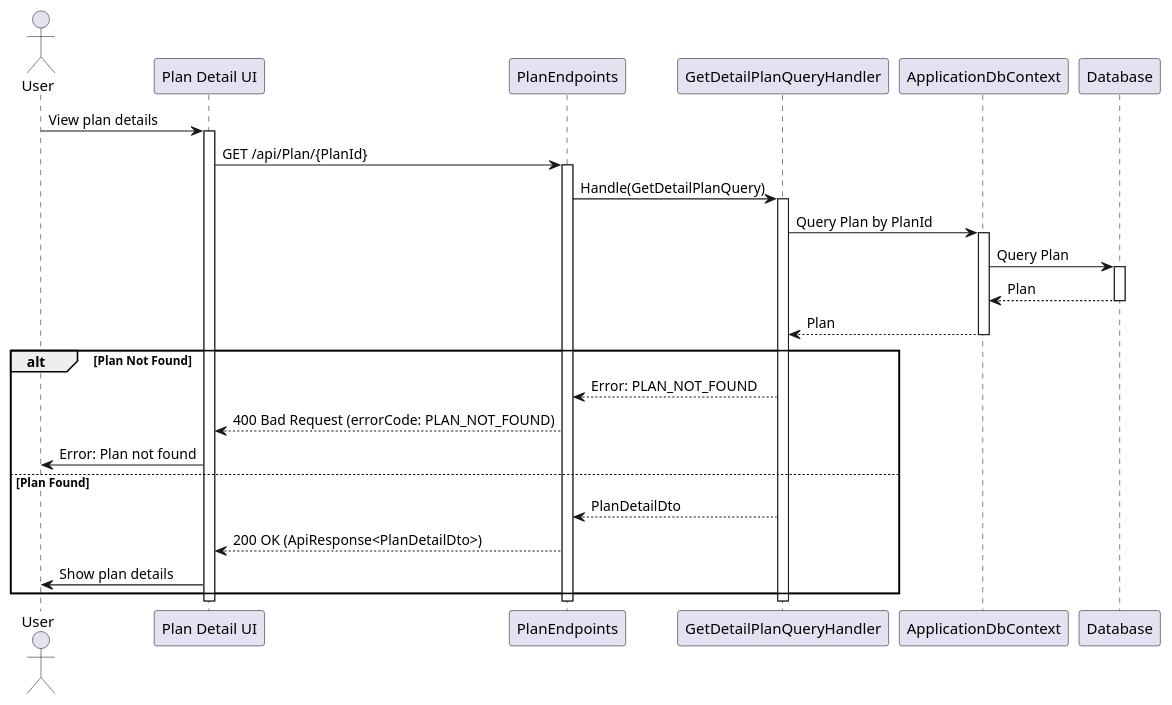
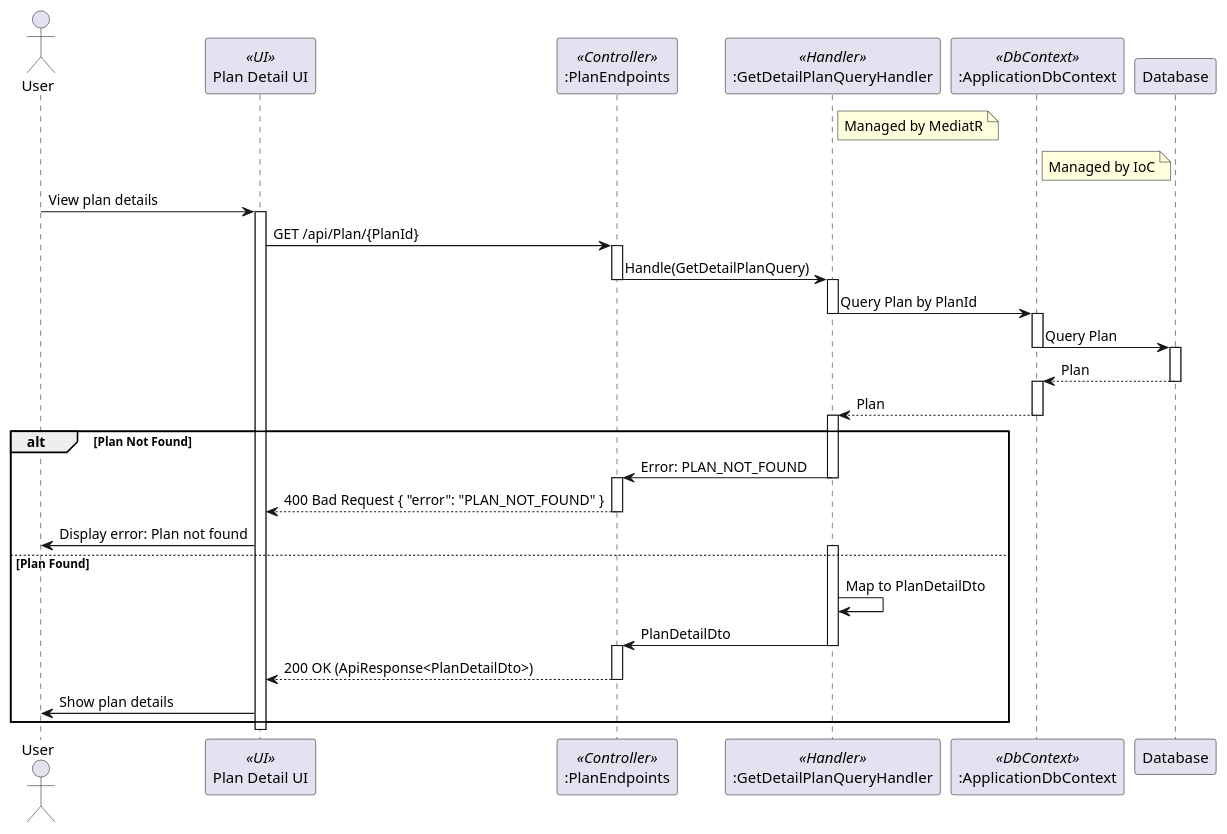
The diagram in Plans/Sequence/GetDetailPlanQuery.puml (thanhkhac/SEP_Diagram), drawn with PlantUML before and after one commit. The commit also changed 23 other files, not shown here.

First line of the commit message:
Enhance sequence diagrams with detailed flow and roles

```diff
--- a/Plans/Sequence/GetDetailPlanQuery.puml
+++ b/Plans/Sequence/GetDetailPlanQuery.puml
@@ -1,35 +1,55 @@
 @startuml
 actor User
-participant "Plan Detail UI" as UI
-participant PlanEndpoints
-participant GetDetailPlanQueryHandler as Handler
-participant ApplicationDbContext
+participant "Plan Detail UI" as UI <<UI>>
+participant ":PlanEndpoints" as PlanEndpoints <<Controller>>
+participant ":GetDetailPlanQueryHandler" as GetDetailPlanQueryHandler <<Handler>>
+participant ":ApplicationDbContext" as ApplicationDbContext <<DbContext>>
 participant Database
+
+note right of GetDetailPlanQueryHandler
+  Managed by MediatR
+end note
+
+note right of ApplicationDbContext
+  Managed by IoC
+end note
 
 User -> UI : View plan details
 activate UI
 UI -> PlanEndpoints : GET /api/Plan/{PlanId}
 activate PlanEndpoints
-PlanEndpoints -> Handler : Handle(GetDetailPlanQuery)
-activate Handler
-Handler -> ApplicationDbContext : Query Plan by PlanId
+PlanEndpoints -> GetDetailPlanQueryHandler : Handle(GetDetailPlanQuery)
+deactivate PlanEndpoints
+activate GetDetailPlanQueryHandler
+GetDetailPlanQueryHandler -> ApplicationDbContext : Query Plan by PlanId
+deactivate GetDetailPlanQueryHandler
 activate ApplicationDbContext
 ApplicationDbContext -> Database : Query Plan
+deactivate ApplicationDbContext
 activate Database
 Database --> ApplicationDbContext : Plan
 deactivate Database
-ApplicationDbContext --> Handler : Plan
+activate ApplicationDbContext
+ApplicationDbContext --> GetDetailPlanQueryHandler : Plan
 deactivate ApplicationDbContext
+activate GetDetailPlanQueryHandler
 alt Plan Not Found
-    Handler --> PlanEndpoints : Error: PLAN_NOT_FOUND
-    PlanEndpoints --> UI : 400 Bad Request (errorCode: PLAN_NOT_FOUND)
-    UI -> User : Error: Plan not found
+    GetDetailPlanQueryHandler -> PlanEndpoints : Error: PLAN_NOT_FOUND
+    deactivate GetDetailPlanQueryHandler
+    activate PlanEndpoints
+    PlanEndpoints --> UI : 400 Bad Request { "error": "PLAN_NOT_FOUND" }
+    deactivate PlanEndpoints
+    UI -> User : Display error: Plan not found
 else Plan Found
-    Handler --> PlanEndpoints : PlanDetailDto
+    activate GetDetailPlanQueryHandler
+    GetDetailPlanQueryHandler -> GetDetailPlanQueryHandler : Map to PlanDetailDto
+    GetDetailPlanQueryHandler -> PlanEndpoints : PlanDetailDto
+    deactivate GetDetailPlanQueryHandler
+    activate PlanEndpoints
     PlanEndpoints --> UI : 200 OK (ApiResponse<PlanDetailDto>)
+    deactivate PlanEndpoints
     UI -> User : Show plan details
 end
-deactivate Handler
-deactivate PlanEndpoints
 deactivate UI
+
 @enduml
```
